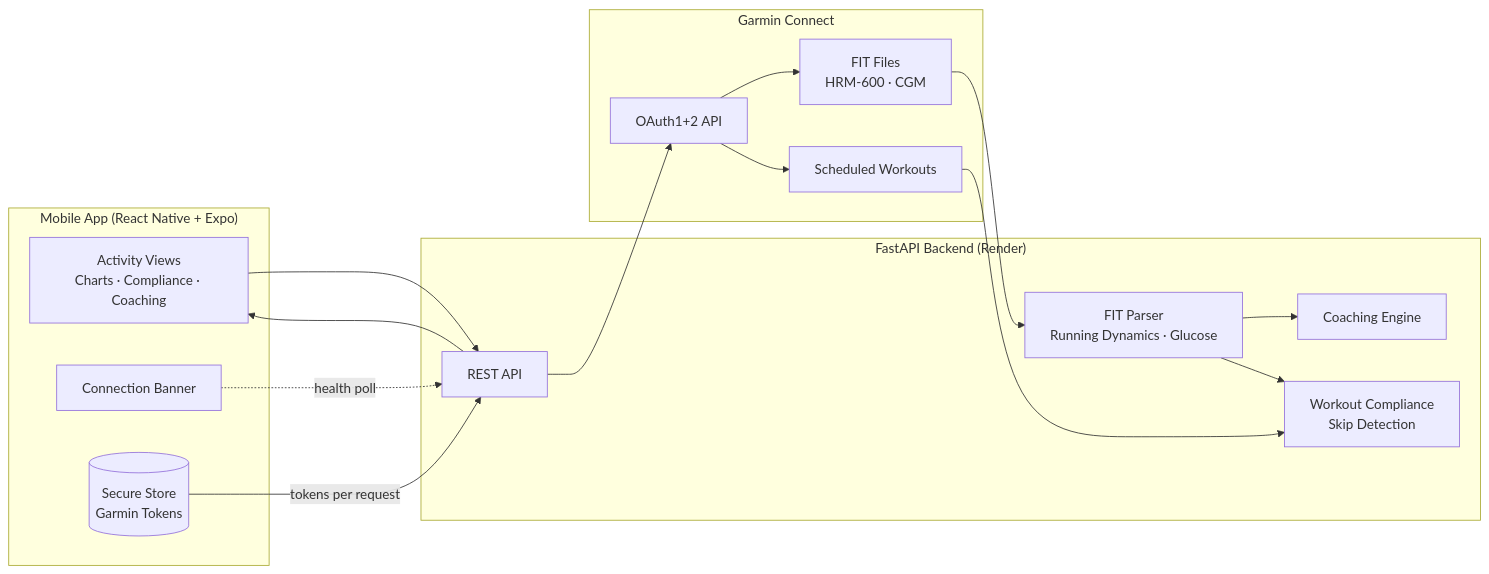
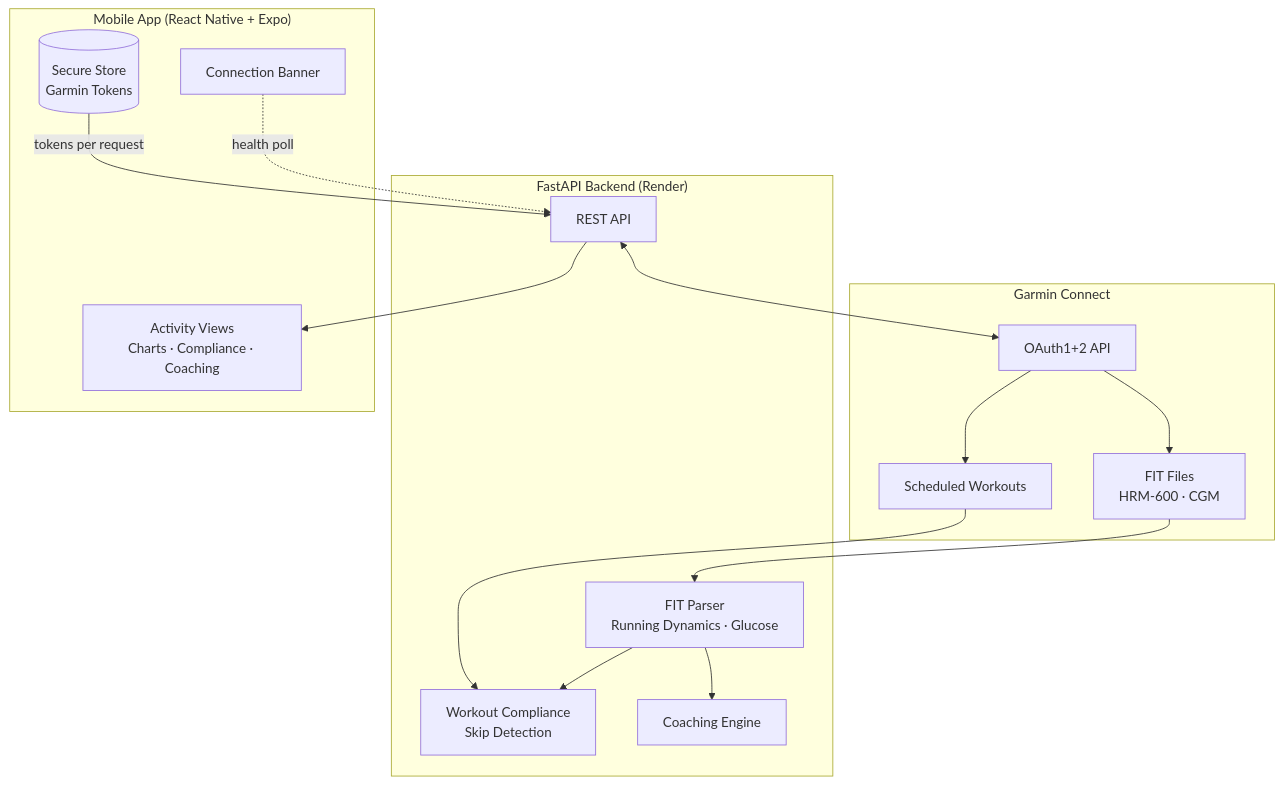
Before and after one commit to okeetris/atlas: the diagram in README.md, drawn with Mermaid.

Commit message:
Fix Mermaid diagram: use TB layout and br tags for line breaks

````diff
--- a/README.md
+++ b/README.md
@@ -76,33 +76,33 @@
 ```mermaid
-flowchart LR
-    subgraph Mobile["Mobile App (React Native + Expo)"]
-        UI["Activity Views\nCharts · Compliance · Coaching"]
-        Banner["Connection Banner"]
-        SecureStore[("Secure Store\nGarmin Tokens")]
+flowchart TB
+    subgraph Garmin["Garmin Connect"]
+        GarminAPI["OAuth1+2 API"]
+        FITFiles["FIT Files<br/>HRM-600 · CGM"]
+        Workouts["Scheduled Workouts"]
     end
 
     subgraph Backend["FastAPI Backend (Render)"]
         API["REST API"]
-        FIT["FIT Parser\nRunning Dynamics · Glucose"]
-        Compliance["Workout Compliance\nSkip Detection"]
+        FIT["FIT Parser<br/>Running Dynamics · Glucose"]
+        Compliance["Workout Compliance<br/>Skip Detection"]
         Coach["Coaching Engine"]
     end
 
-    subgraph Garmin["Garmin Connect"]
-        GarminAPI["OAuth1+2 API"]
-        Workouts["Scheduled Workouts"]
-        FITFiles["FIT Files\nHRM-600 · CGM"]
+    subgraph Mobile["Mobile App (React Native + Expo)"]
+        SecureStore[("Secure Store<br/>Garmin Tokens")]
+        UI["Activity Views<br/>Charts · Compliance · Coaching"]
+        Banner["Connection Banner"]
     end
 
-    UI --> API
+    GarminAPI --> FITFiles
+    GarminAPI --> Workouts
+    FITFiles --> FIT
+    Workouts --> Compliance
+    FIT --> Compliance
+    FIT --> Coach
+
+    SecureStore -->|"tokens per request"| API
+    API <--> GarminAPI
     API --> UI
     Banner -.->|"health poll"| API
-    SecureStore -->|"tokens per request"| API
-    API --> GarminAPI
-    GarminAPI --> FITFiles
-    FITFiles --> FIT
-    GarminAPI --> Workouts
-    Workouts --> Compliance
-    FIT --> Coach
-    FIT --> Compliance
 ```
````
